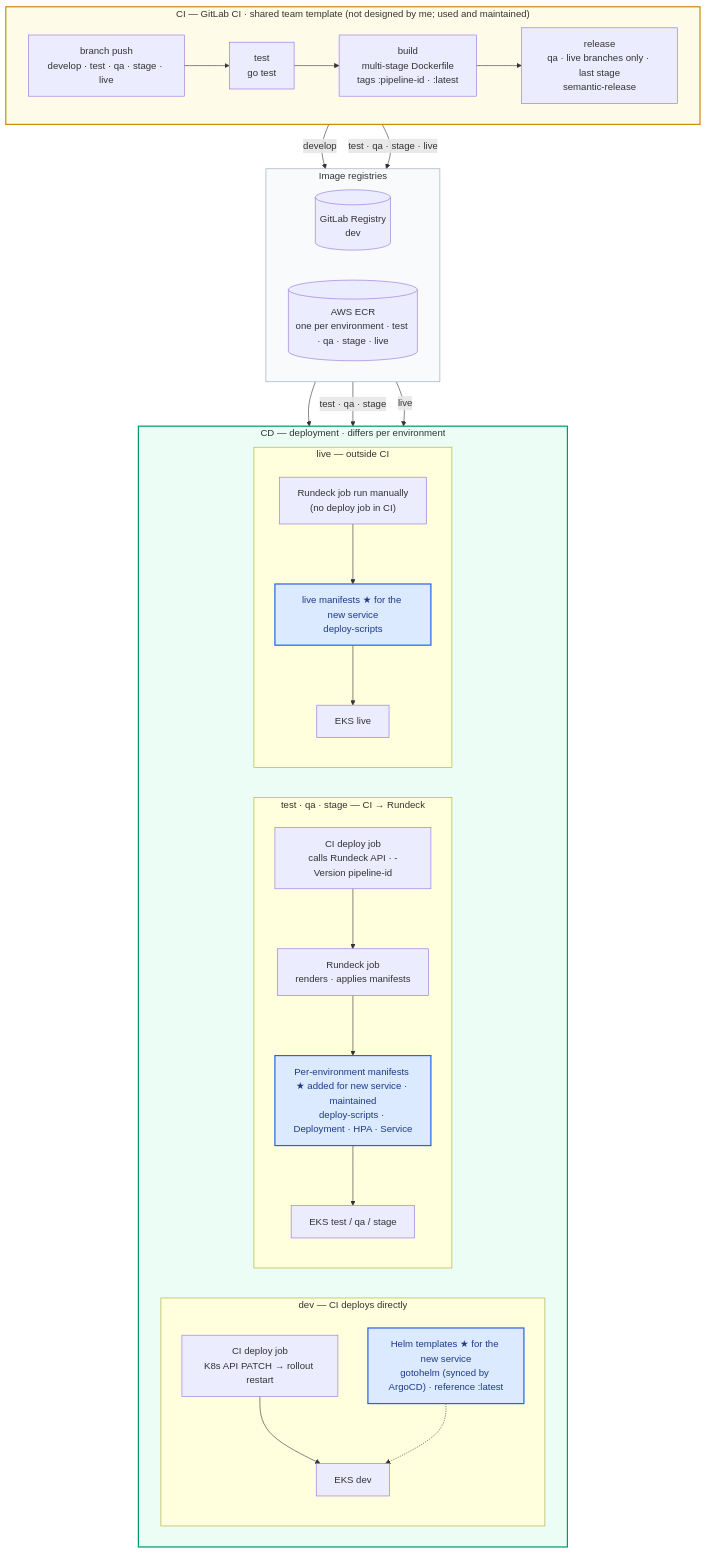
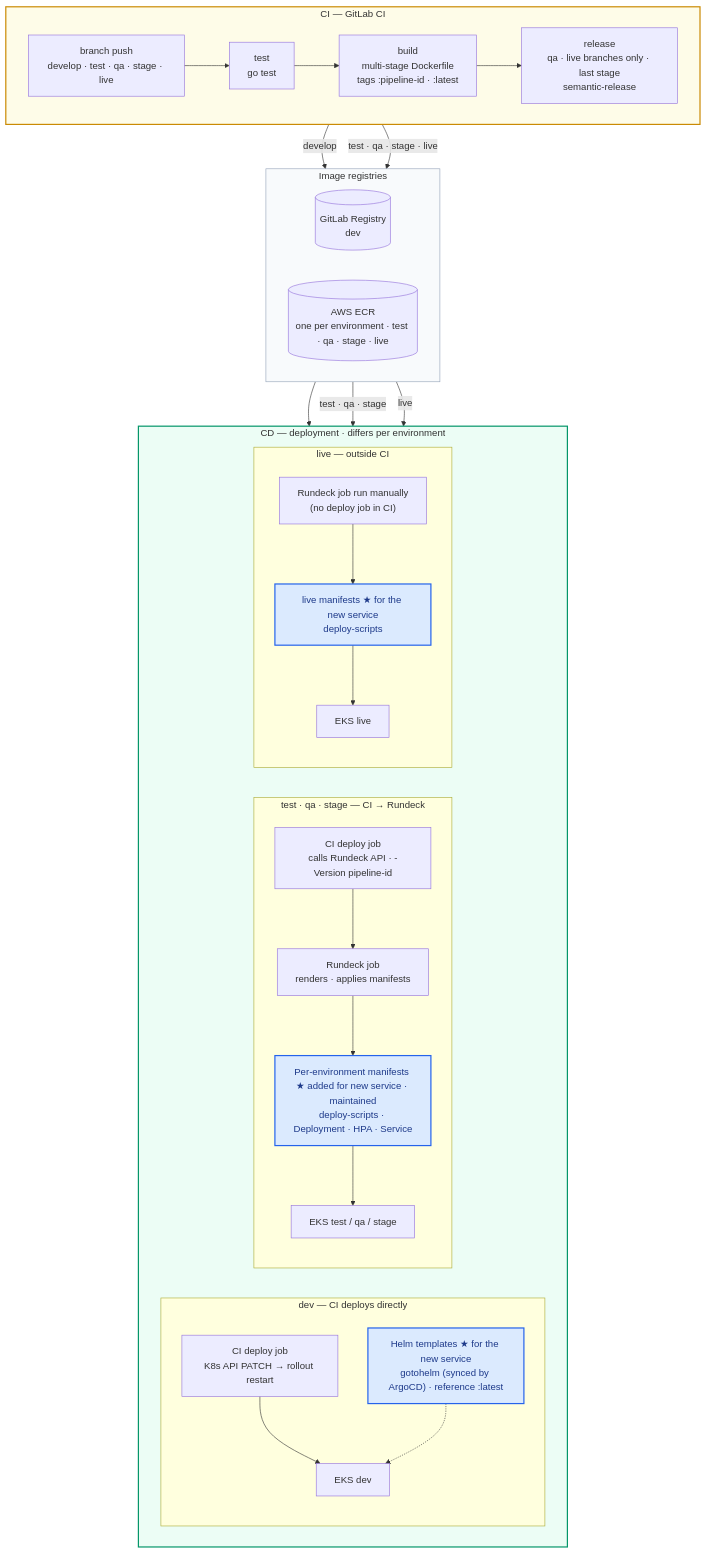
The diagram in content/diagrams/cicd.en.mmd (shalwxy/career), drawn with Mermaid before and after one commit. The commit also changed 9 other files, not shown here.

```diff
--- a/content/diagrams/cicd.en.mmd
+++ b/content/diagrams/cicd.en.mmd
@@ -1,51 +1,51 @@
-%% title: CI/CD — per-environment flow (★ = config I added or maintained by copying existing patterns)
+%% title: CI/CD — per-environment flow (★ = config I added or maintained)
 flowchart TB
-    subgraph CI["CI — GitLab CI · shared team template (not designed by me; used and maintained)"]
+    subgraph CI["CI — GitLab CI"]
         direction LR
         BR["branch push<br/>develop · test · qa · stage · live"]
         T["test<br/>go test"]
         B["build<br/>multi-stage Dockerfile<br/>tags :pipeline-id · :latest"]
         REL["release<br/>qa · live branches only · last stage<br/>semantic-release"]
         BR --> T --> B --> REL
     end
     subgraph REG["Image registries"]
         direction LR
         R1[("GitLab Registry<br/>dev")]
         R2[("AWS ECR<br/>one per environment · test · qa · stage · live")]
     end
     subgraph CD["CD — deployment · differs per environment"]
         direction LR
         subgraph DEVL["dev — CI deploys directly"]
             direction TB
             D1["CI deploy job<br/>K8s API PATCH → rollout restart"]
             H["Helm templates ★ for the new service<br/>gotohelm (synced by ArgoCD) · reference :latest"]
             K1["EKS dev"]
             D1 --> K1
             H -.-> K1
         end
         subgraph TQS["test · qa · stage — CI → Rundeck"]
             direction TB
             D2["CI deploy job<br/>calls Rundeck API · -Version pipeline-id"]
             RD["Rundeck job<br/>renders · applies manifests"]
             M["Per-environment manifests ★ added for new service · maintained<br/>deploy-scripts · Deployment · HPA · Service"]
             K2["EKS test / qa / stage"]
             D2 --> RD --> M --> K2
         end
         subgraph LIVE["live — outside CI"]
             direction TB
             RL["Rundeck job run manually<br/>(no deploy job in CI)"]
             ML["live manifests ★ for the new service<br/>deploy-scripts"]
             K3["EKS live"]
             RL --> ML --> K3
         end
     end
     B -- develop --> R1
     B -- "test · qa · stage · live" --> R2
     R1 --> D1
     R2 -- "test · qa · stage" --> D2
     R2 -- live --> RL
     classDef mine fill:#dbeafe,stroke:#2563eb,stroke-width:2px,color:#1e3a8a
     class H,M,ML mine
     style CI fill:#fefce8,stroke:#ca8a04,stroke-width:2px
     style CD fill:#ecfdf5,stroke:#059669,stroke-width:2px
     style REG fill:#f8fafc,stroke:#94a3b8
```
